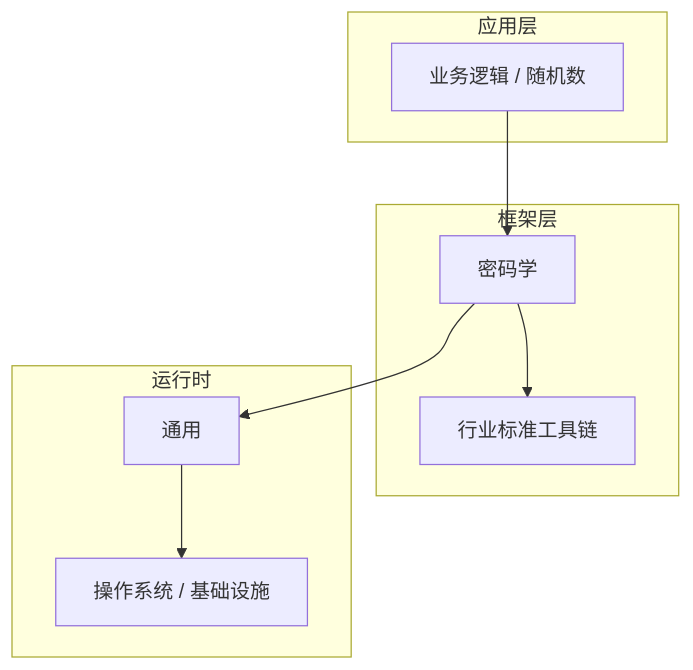
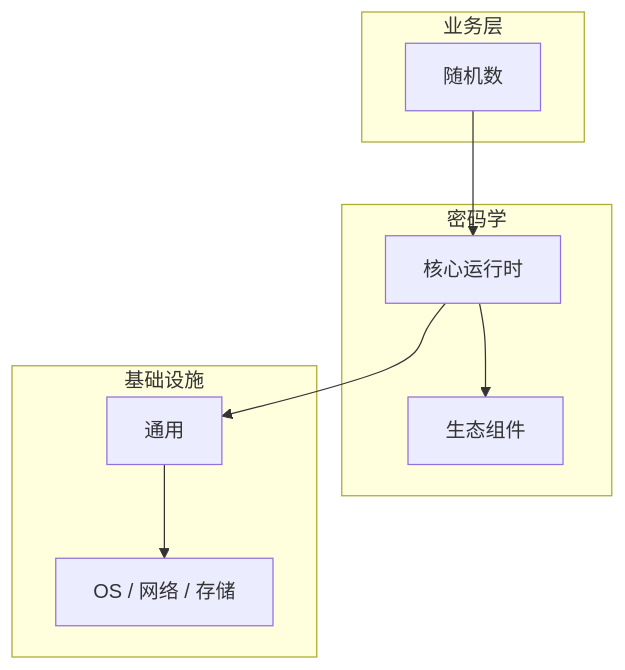
One commit to yanggan2015/knowledge-json-v2 changed the diagram in articles/密码学/chapters/076-随机数核心概念与原理.md. Above: the diagram before and after it, drawn with Mermaid. The commit also changed other lines of this file and 10127 other files, not shown here.

````diff
--- a/articles/密码学/chapters/076-随机数核心概念与原理.md
+++ b/articles/密码学/chapters/076-随机数核心概念与原理.md
@@ -46,18 +31,18 @@
 ```mermaid
 graph TB
-    subgraph 应用层
-        A[业务逻辑 / 随机数]
+    subgraph 业务层
+        A[随机数]
     end
-    subgraph 框架层
-        B[密码学]
-        C[行业标准工具链]
+    subgraph 密码学
+        B[核心运行时]
+        C[生态组件]
     end
-    subgraph 运行时
+    subgraph 基础设施
         D[通用]
-        E[操作系统 / 基础设施]
+        E[OS / 网络 / 存储]
     end
     A --> B
     B --> C
     B --> D
     D --> E
 ```
````
